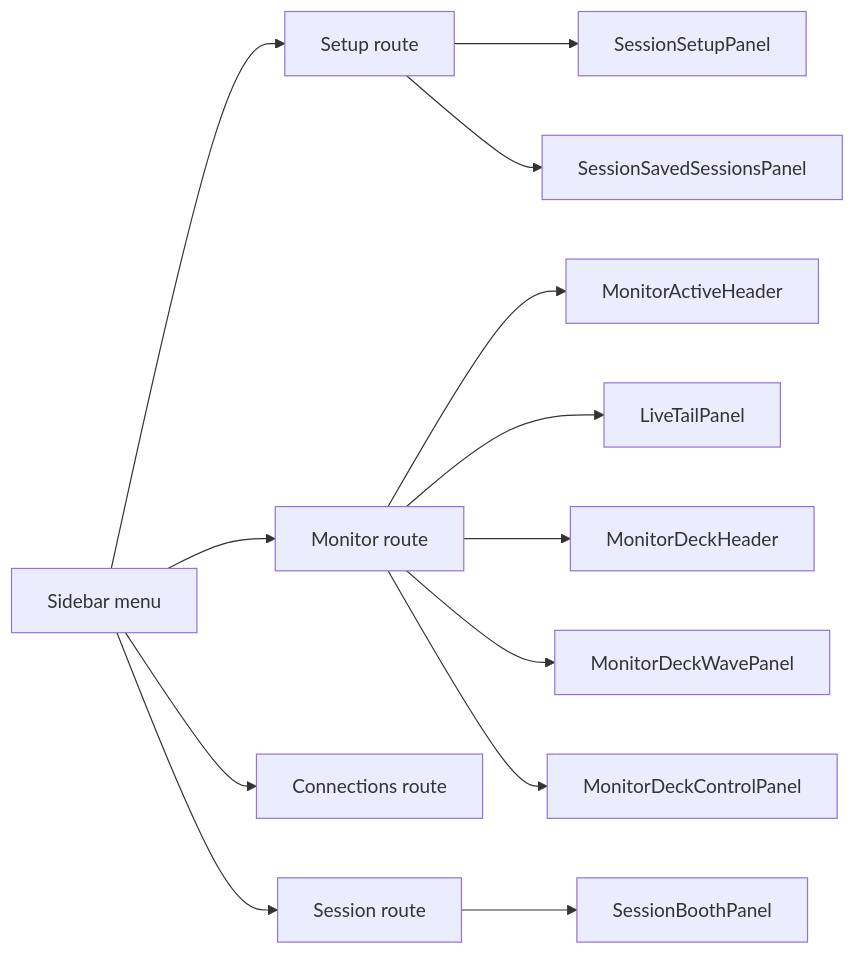
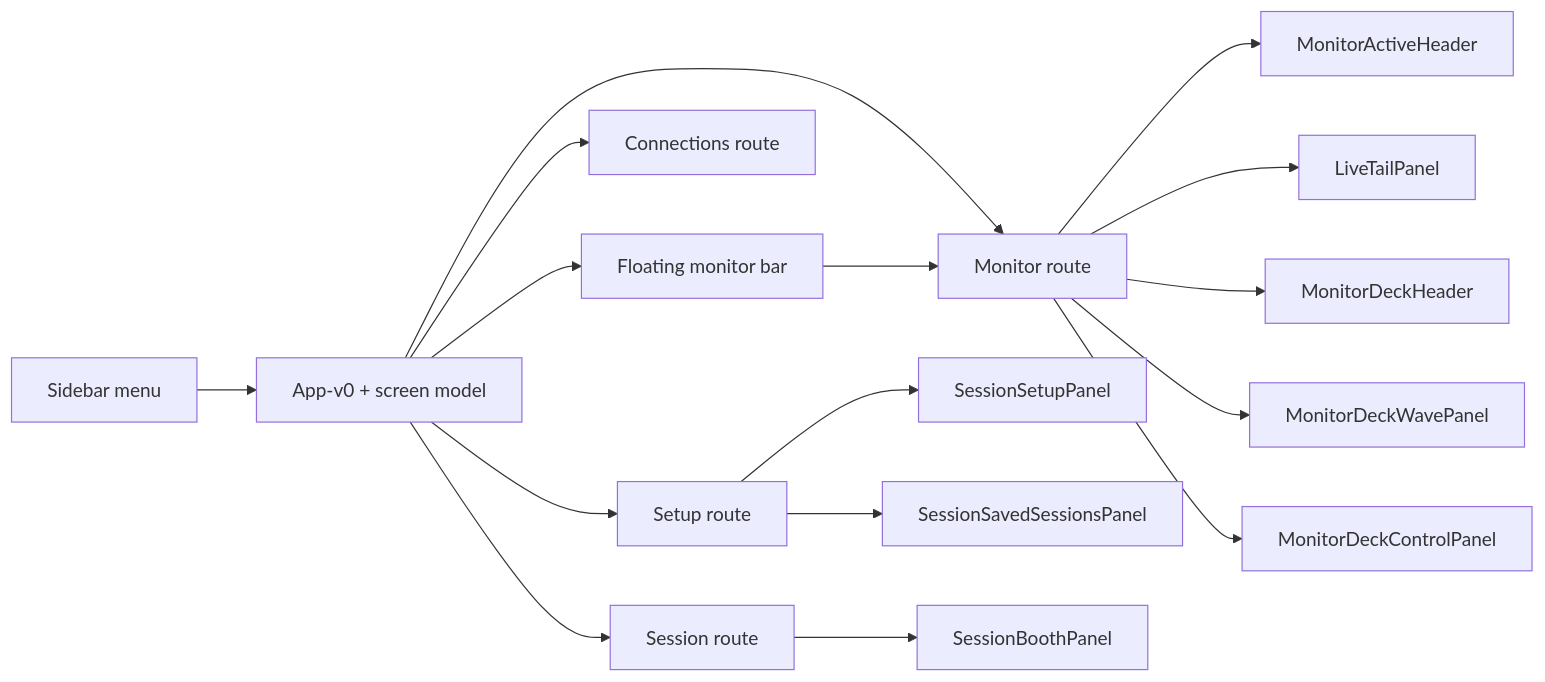
The sixth of 7 diagrams in docs/architecture.md (fabianaguero/maia), drawn with Mermaid before and after one commit. The commit also changed other lines of this file and 448 other files, not shown here.

````diff
--- a/docs/architecture.md
+++ b/docs/architecture.md
@@ -221,22 +233,27 @@
 ```mermaid
 flowchart LR
   Sidebar[Sidebar menu]
+  Shell[App-v0 + screen model]
   SetupRoute[Setup route]
   MonitorRoute[Monitor route]
   ConnectionsRoute[Connections route]
   SessionRoute[Session route]
+  FloatingBar[Floating monitor bar]
 
+  Sidebar --> Shell
+  Shell --> FloatingBar
+  Shell --> SetupRoute
+  Shell --> MonitorRoute
+  Shell --> ConnectionsRoute
+  Shell --> SessionRoute
   SetupRoute --> SetupPanel[SessionSetupPanel]
   SetupRoute --> HistoryPanel[SessionSavedSessionsPanel]
   MonitorRoute --> Header[MonitorActiveHeader]
   MonitorRoute --> Tail[LiveTailPanel]
   MonitorRoute --> DeckHeader[MonitorDeckHeader]
   MonitorRoute --> DeckWave[MonitorDeckWavePanel]
   MonitorRoute --> DeckControls[MonitorDeckControlPanel]
   SessionRoute --> Booth[SessionBoothPanel]
 
-  Sidebar --> SetupRoute
-  Sidebar --> MonitorRoute
-  Sidebar --> ConnectionsRoute
-  Sidebar --> SessionRoute
+  FloatingBar --> MonitorRoute
 ```
````
